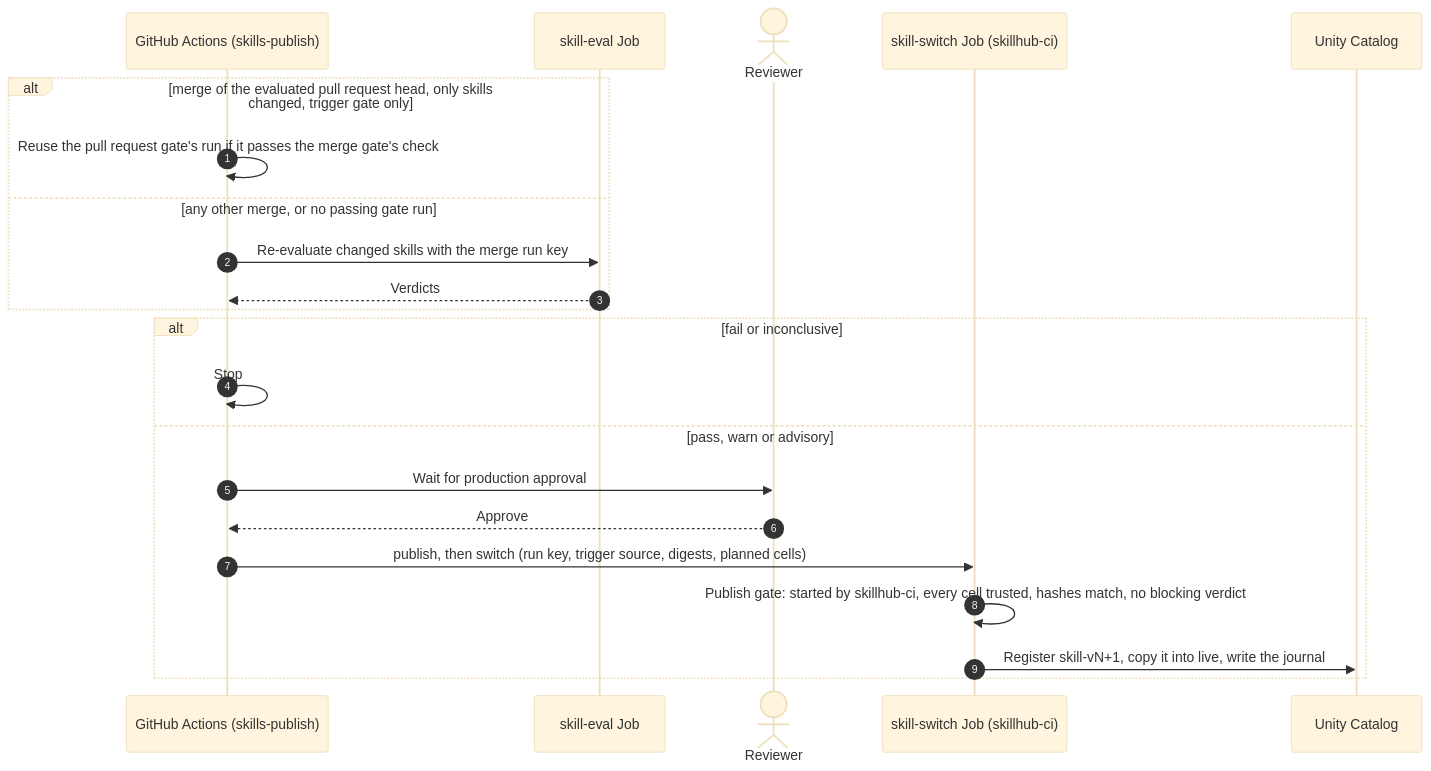
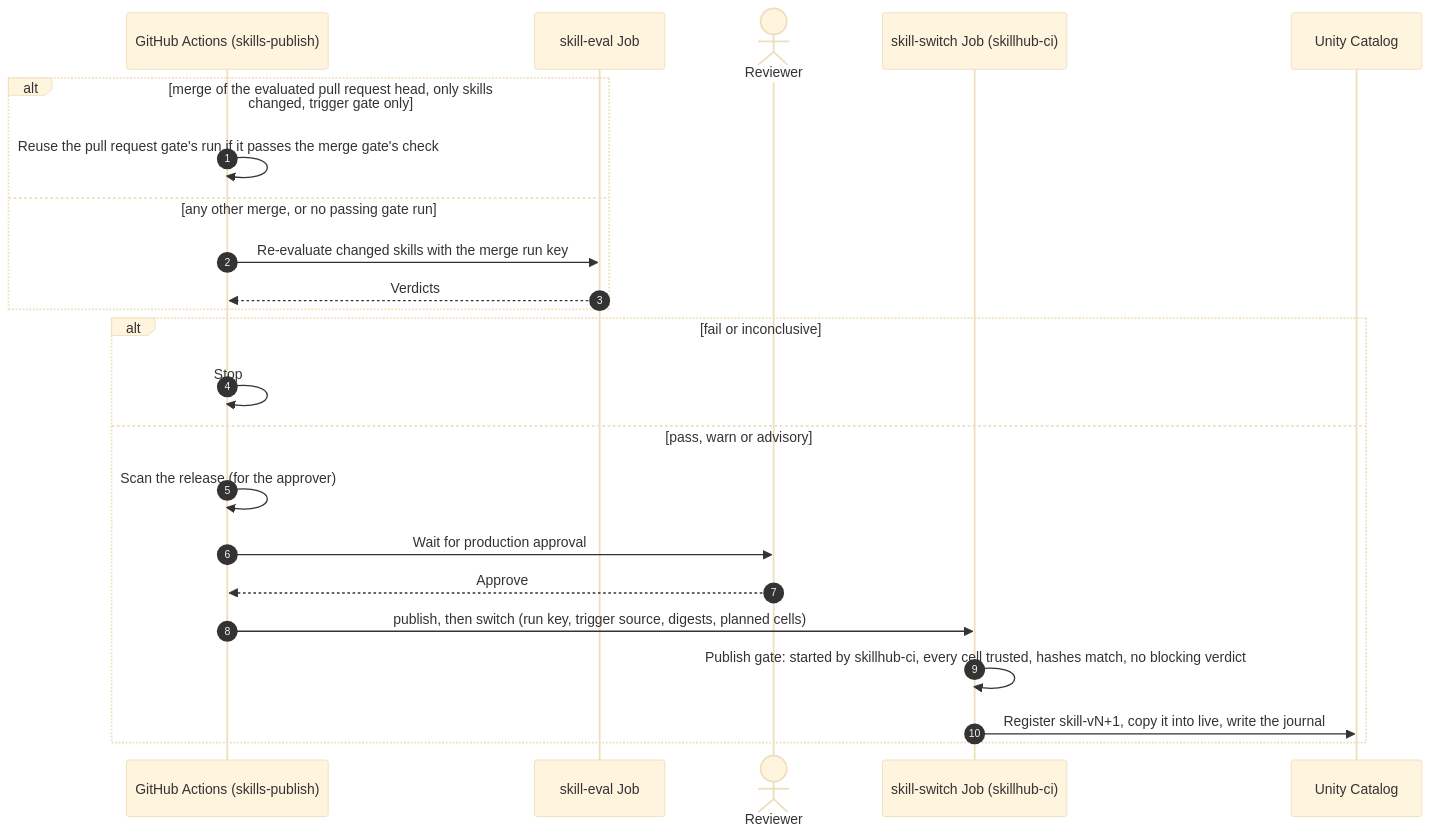
One commit to manganganath/agent-skill-eval-on-databricks changed the second of 4 diagrams in docs/architecture.md. Above: the diagram before and after it, drawn with Mermaid (base theme). The commit also changed other lines of this file and 6 other files, not shown here.

````diff
--- a/docs/architecture.md
+++ b/docs/architecture.md
@@ -65,24 +65,25 @@
 ```mermaid
 sequenceDiagram
   autonumber
   participant GH as GitHub Actions (skills-publish)
   participant J as skill-eval Job
   actor R as Reviewer
   participant S as skill-switch Job (skillhub-ci)
   participant UC as Unity Catalog
   alt merge of the evaluated pull request head, only skills changed, trigger gate only
     GH->>GH: Reuse the pull request gate's run if it passes the merge gate's check
   else any other merge, or no passing gate run
     GH->>J: Re-evaluate changed skills with the merge run key
     J-->>GH: Verdicts
   end
   alt fail or inconclusive
     GH->>GH: Stop
   else pass, warn or advisory
+    GH->>GH: Scan the release (for the approver)
     GH->>R: Wait for production approval
     R-->>GH: Approve
     GH->>S: publish, then switch (run key, trigger source, digests, planned cells)
     S->>S: Publish gate: started by skillhub-ci, every cell trusted, hashes match, no blocking verdict
     S->>UC: Register skill-vN+1, copy it into live, write the journal
   end
 ```
````
